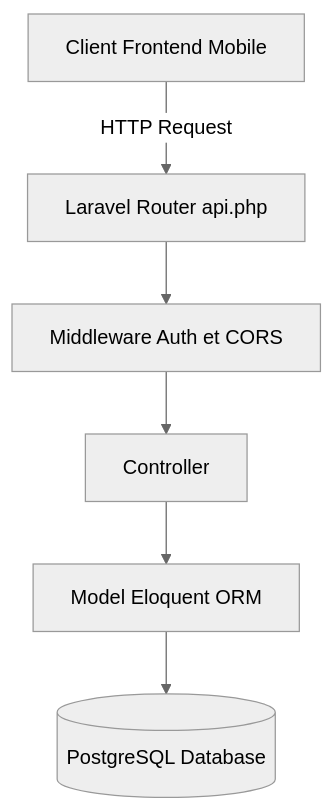
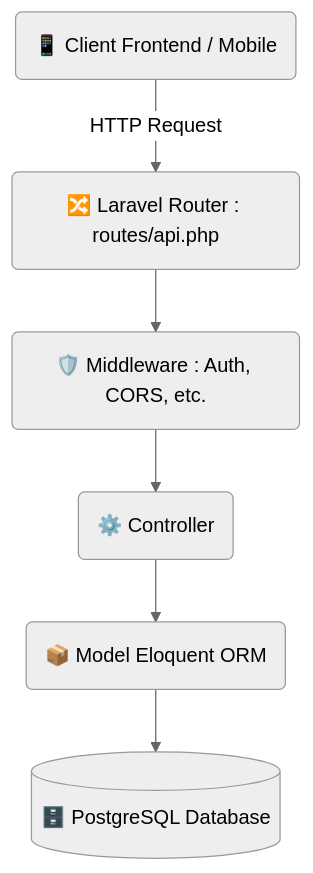
One commit to GroupMSPR/Health-IA-Backend changed the diagram in README.md. Above: the diagram before and after it, drawn with Mermaid (neutral theme).

````diff
--- a/README.md
+++ b/README.md
@@ -78,8 +78,15 @@
 ```mermaid
 graph TD
-    Client[Client Frontend Mobile] -->|HTTP Request| Router[Laravel Router api.php]
-    Router --> Middleware[Middleware Auth et CORS]
-    Middleware --> Controller[Controller]
-    Controller --> Model[Model Eloquent ORM]
-    Model --> DB[(PostgreSQL Database)]
+    Client("📱 Client Frontend / Mobile")
+    Router("🔀 Laravel Router : routes/api.php")
+    Middleware("🛡️ Middleware : Auth, CORS, etc.")
+    Controller("⚙️ Controller")
+    Model("📦 Model Eloquent ORM")
+    DB[("🗄️ PostgreSQL Database")]
+
+    Client -- "HTTP Request" --> Router
+    Router --> Middleware
+    Middleware --> Controller
+    Controller --> Model
+    Model --> DB
 ```
````
